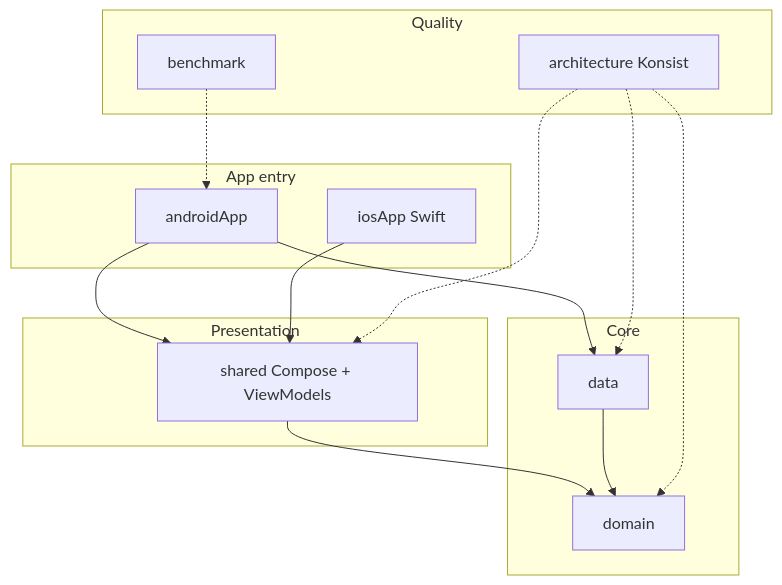
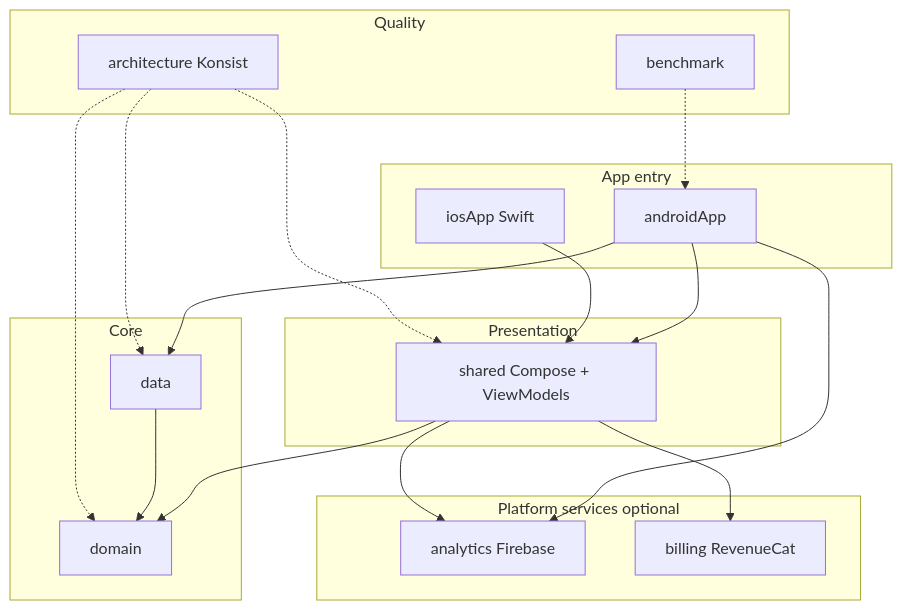
Before and after one commit to khoa-nguyen-bk18/cmp-template: the second of 2 diagrams in README.md, drawn with Mermaid. The commit also changed other lines of this file and 5 other files, not shown here.

````diff
--- a/README.md
+++ b/README.md
@@ -78,27 +82,34 @@
 ```mermaid
 flowchart TB
   subgraph apps [App entry]
     androidApp[androidApp]
     iosApp[iosApp Swift]
   end
   subgraph presentation [Presentation]
     shared[shared Compose + ViewModels]
   end
   subgraph core [Core]
     domain[domain]
     data[data]
   end
+  subgraph services [Platform services optional]
+    analytics[analytics Firebase]
+    billing[billing RevenueCat]
+  end
   subgraph quality [Quality]
     arch[architecture Konsist]
     bench[benchmark]
   end
   androidApp --> shared
   androidApp --> data
+  androidApp --> analytics
   iosApp --> shared
   shared --> domain
+  shared --> analytics
+  shared --> billing
   data --> domain
   arch -.-> domain
   arch -.-> data
   arch -.-> shared
   bench -.-> androidApp
 ```
````
